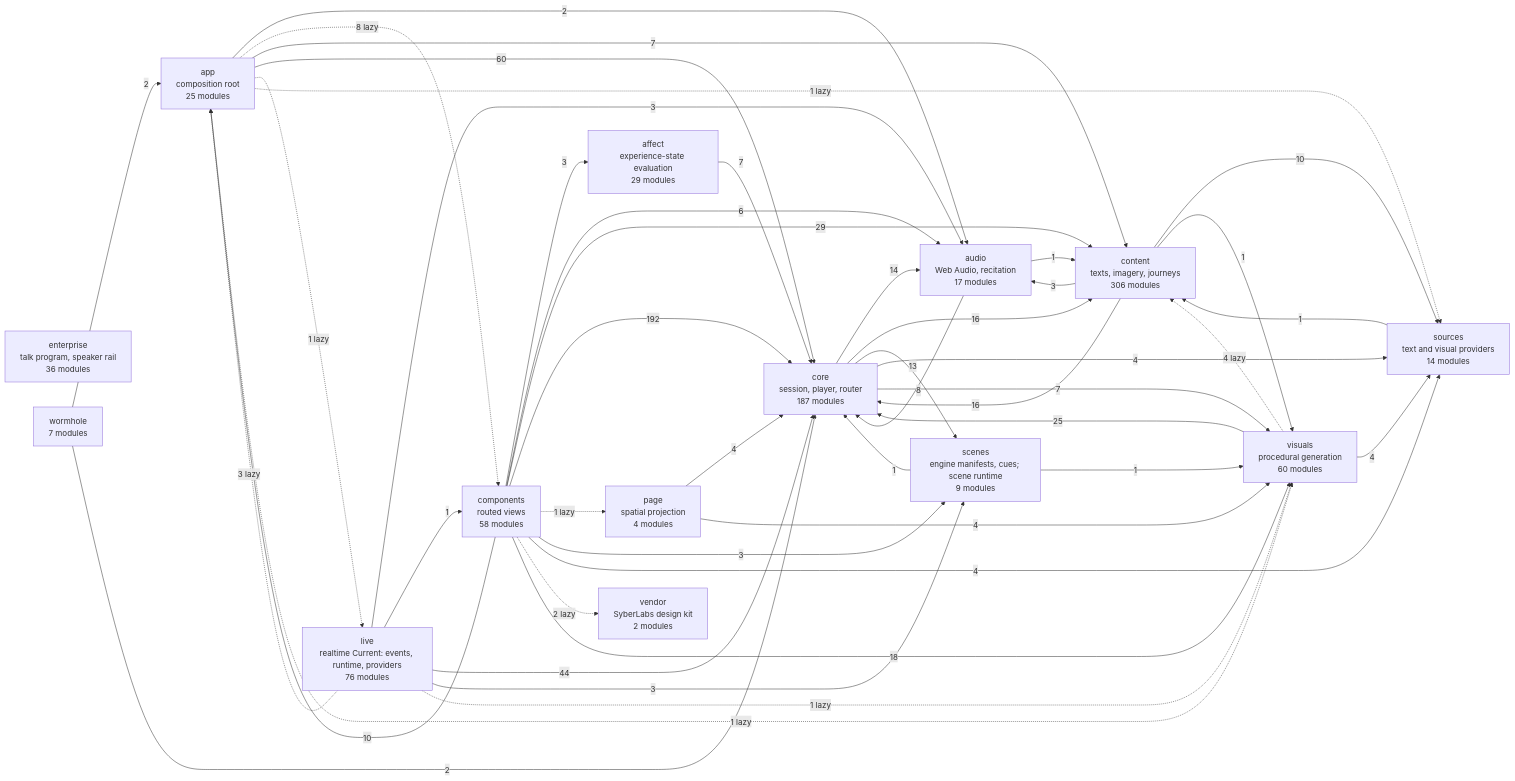
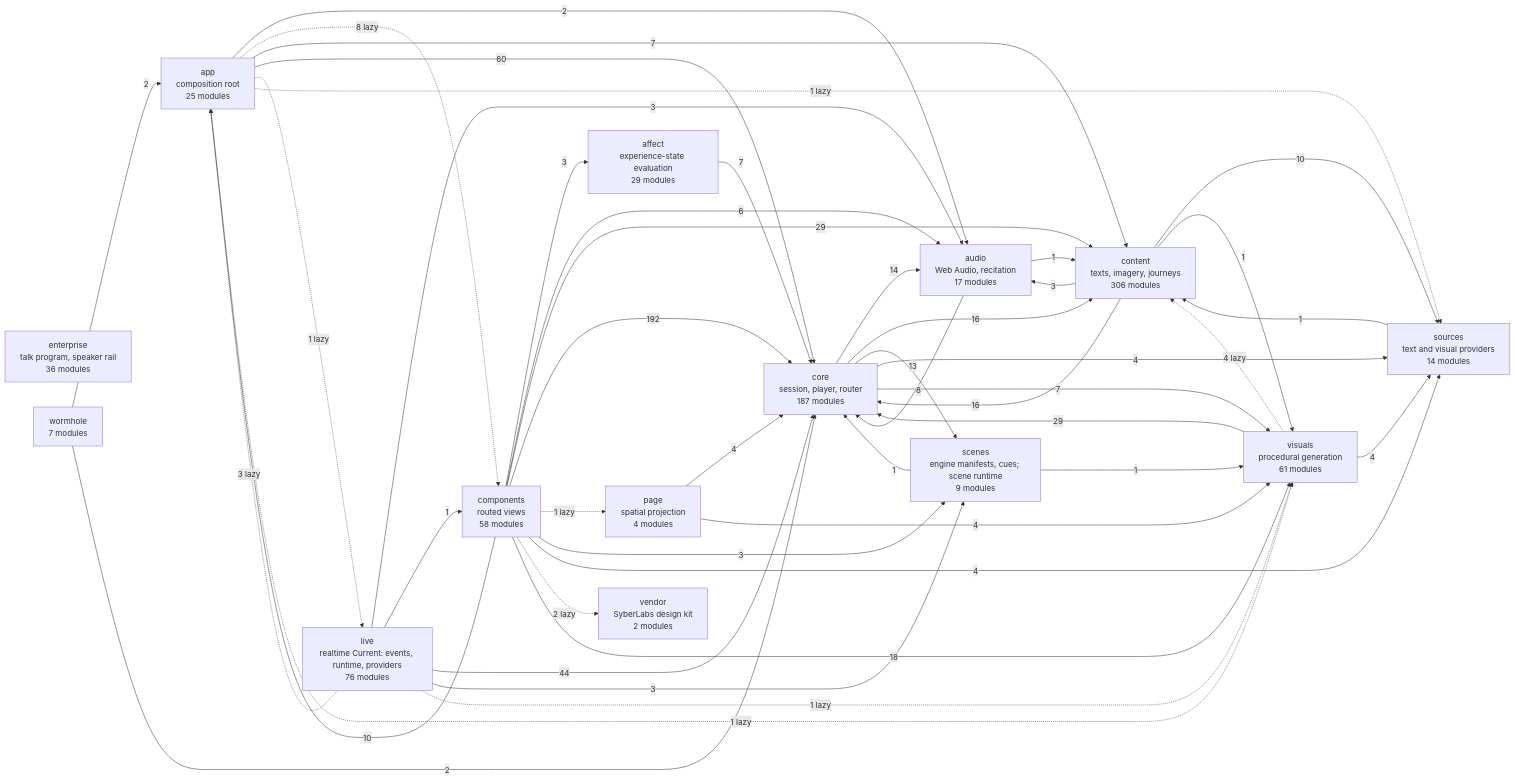
One commit to SyberLabs/RISE changed the diagram in docs/specs/ARCHITECTURE.md. Above: the diagram before and after it, drawn with Mermaid. The commit also changed 19 other files, not shown here.

````diff
--- a/docs/specs/ARCHITECTURE.md
+++ b/docs/specs/ARCHITECTURE.md
@@ -161,63 +161,63 @@
 ```mermaid
 flowchart LR
     affect["affect<br/>experience-state evaluation<br/>29 modules"]
     app["app<br/>composition root<br/>25 modules"]
     audio["audio<br/>Web Audio, recitation<br/>17 modules"]
     components["components<br/>routed views<br/>58 modules"]
     content["content<br/>texts, imagery, journeys<br/>306 modules"]
     core["core<br/>session, player, router<br/>187 modules"]
     enterprise["enterprise<br/>talk program, speaker rail<br/>36 modules"]
     live["live<br/>realtime Current: events, runtime, providers<br/>76 modules"]
     page["page<br/>spatial projection<br/>4 modules"]
     scenes["scenes<br/>engine manifests, cues; scene runtime<br/>9 modules"]
     sources["sources<br/>text and visual providers<br/>14 modules"]
     vendor["vendor<br/>SyberLabs design kit<br/>2 modules"]
-    visuals["visuals<br/>procedural generation<br/>60 modules"]
+    visuals["visuals<br/>procedural generation<br/>61 modules"]
     wormhole["wormhole<br/>7 modules"]
 
     affect --> |7| core
     app --> |2| audio
     app -.-> |8 lazy| components
     app --> |7| content
     app --> |60| core
     app -.-> |1 lazy| live
     app -.-> |1 lazy| sources
     app -.-> |1 lazy| visuals
     audio --> |1| content
     audio --> |8| core
     components --> |3| affect
     components --> |10| app
     components --> |6| audio
     components --> |29| content
     components --> |192| core
     components -.-> |1 lazy| page
     components --> |3| scenes
     components --> |4| sources
     components -.-> |2 lazy| vendor
     components --> |18| visuals
     content --> |3| audio
     content --> |16| core
     content --> |10| sources
     content --> |1| visuals
     core --> |14| audio
     core --> |16| content
     core --> |13| scenes
     core --> |4| sources
     core --> |7| visuals
     live -.-> |3 lazy| app
     live --> |3| audio
     live --> |1| components
     live --> |44| core
     live --> |3| scenes
     live -.-> |1 lazy| visuals
     page --> |4| core
     page --> |4| visuals
     scenes --> |1| core
     scenes --> |1| visuals
     sources --> |1| content
     visuals -.-> |4 lazy| content
-    visuals --> |25| core
+    visuals --> |29| core
     visuals --> |4| sources
     wormhole --> |2| app
     wormhole --> |2| core
 ```
````
